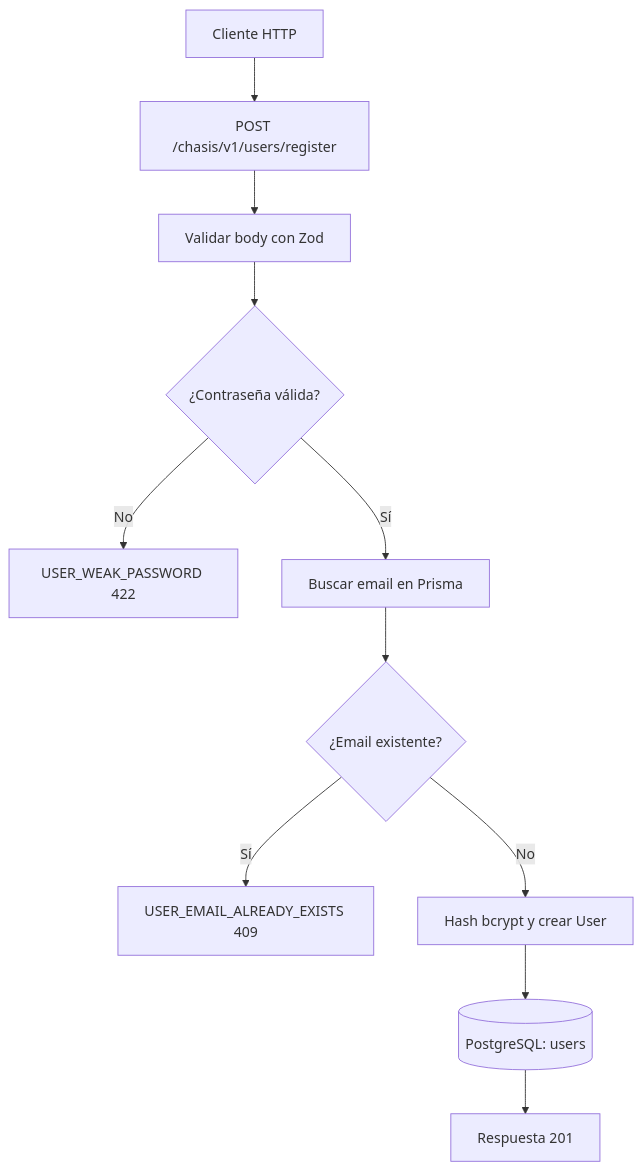
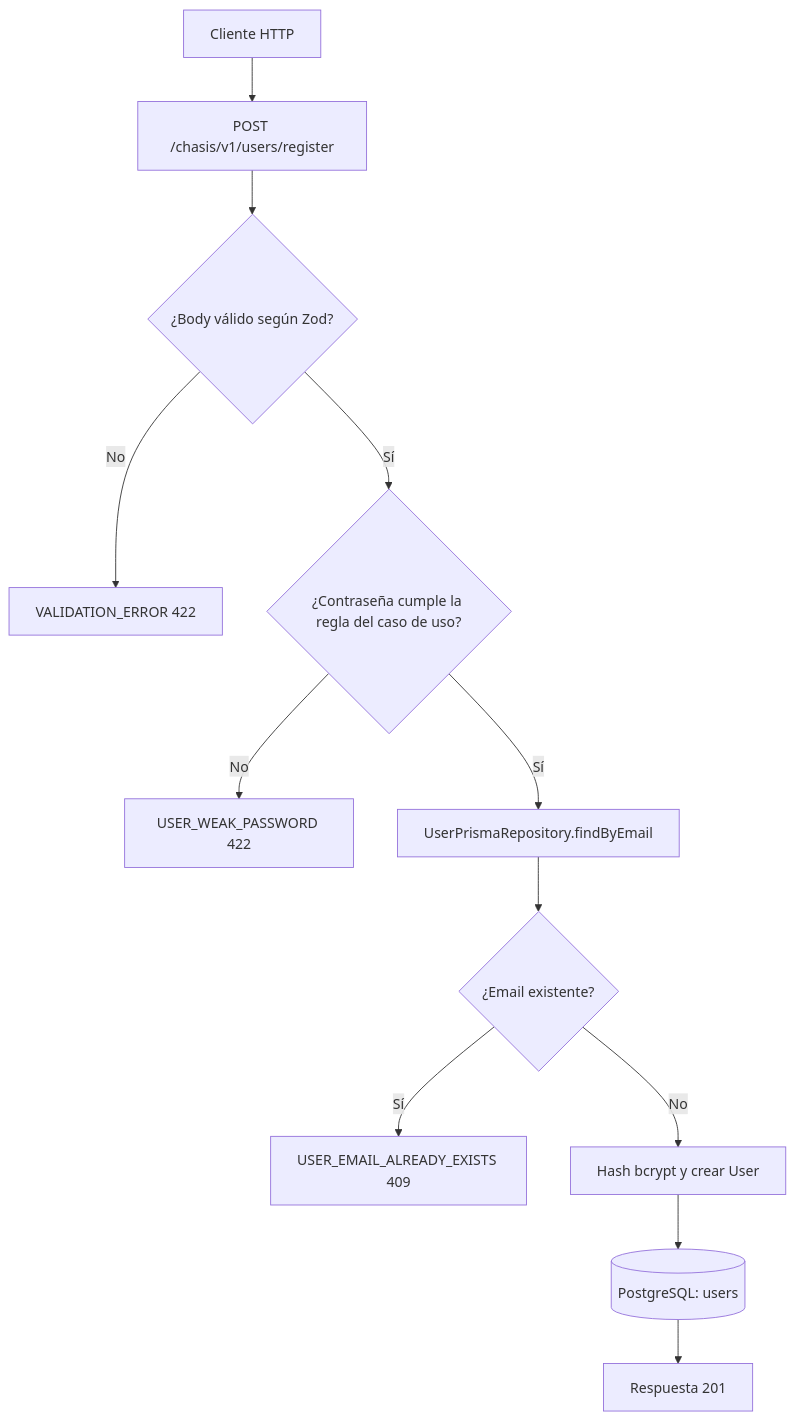
The diagram in docs/use-case/register-user.md (jac2206/chasis-express-ts), drawn with Mermaid before and after one commit. The commit also changed other lines of this file and 25 other files, not shown here.

````diff
--- a/docs/use-case/register-user.md
+++ b/docs/use-case/register-user.md
@@ -77,13 +77,14 @@
 ```mermaid
 flowchart TD
     A[Cliente HTTP] --> B[POST /chasis/v1/users/register]
-    B --> C[Validar body con Zod]
-    C --> D{¿Contraseña válida?}
+    B --> C{¿Body válido según Zod?}
+    C -- No --> V[VALIDATION_ERROR 422]
+    C -- Sí --> D{¿Contraseña cumple la regla del caso de uso?}
     D -- No --> E[USER_WEAK_PASSWORD 422]
-    D -- Sí --> F[Buscar email en Prisma]
+    D -- Sí --> F[UserPrismaRepository.findByEmail]
     F --> G{¿Email existente?}
     G -- Sí --> H[USER_EMAIL_ALREADY_EXISTS 409]
     G -- No --> I[Hash bcrypt y crear User]
     I --> J[(PostgreSQL: users)]
     J --> K[Respuesta 201]
 ```
````
